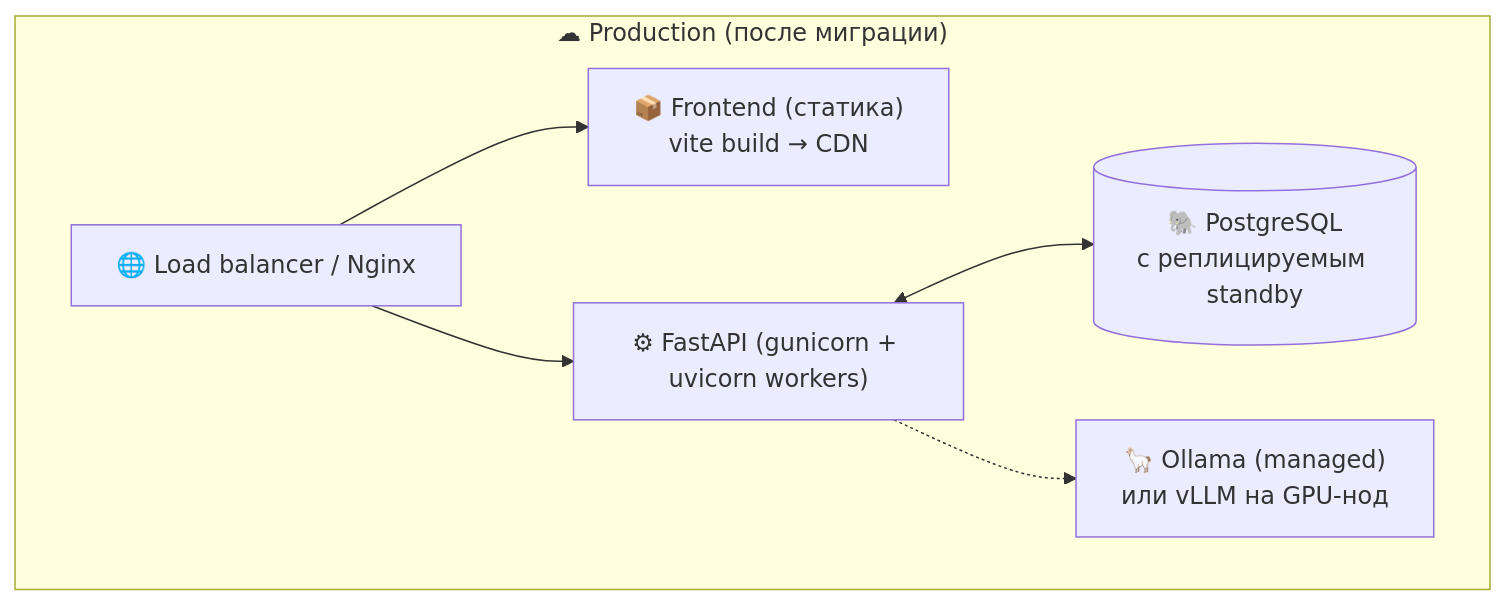
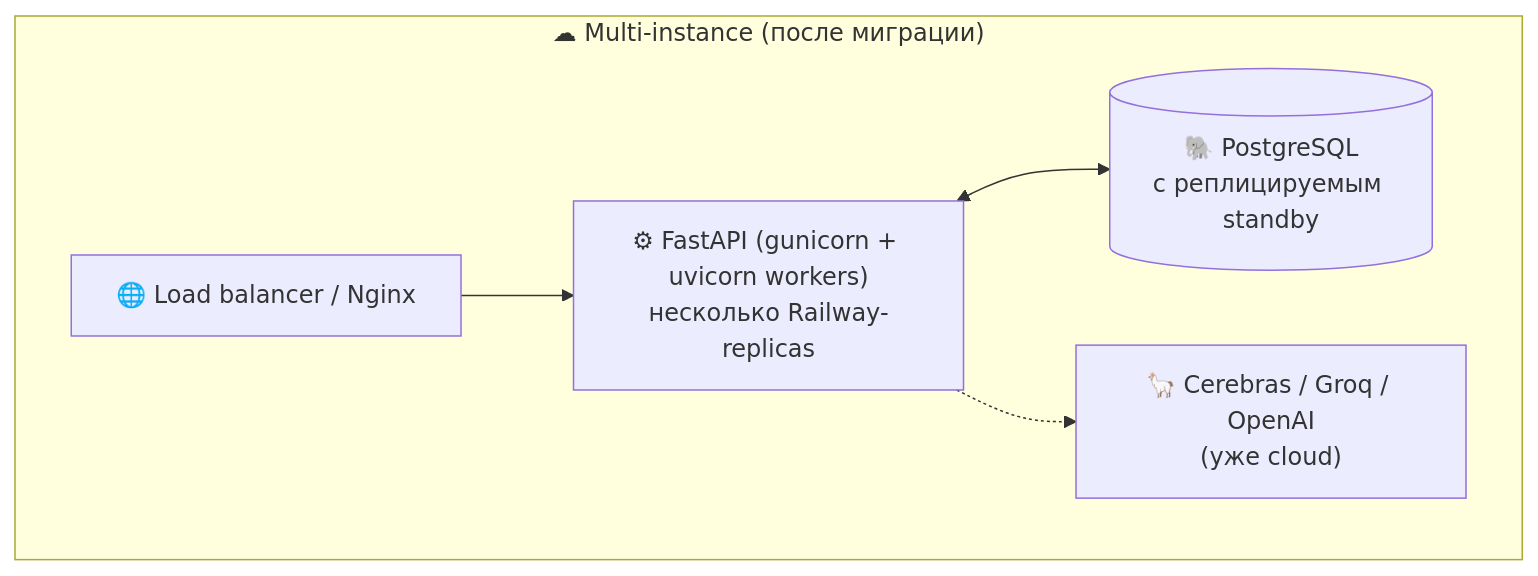
Diagram 17 of 18 in ARC.md (Barbashin1970/RAGRAF), drawn with Mermaid before and after one commit. The commit also changed other lines of this file and 6 other files, not shown here.

````diff
--- a/ARC.md
+++ b/ARC.md
@@ -909,15 +1033,13 @@
 ```mermaid
 flowchart TB
-  subgraph PROD["☁ Production (после миграции)"]
+  subgraph PROD["☁ Multi-instance (после миграции)"]
     LB["🌐 Load balancer / Nginx"]
-    FE_PROD["📦 Frontend (статика)<br>vite build → CDN"]
-    BE_PROD["⚙ FastAPI (gunicorn + uvicorn workers)"]
+    BE_PROD["⚙ FastAPI (gunicorn + uvicorn workers)<br>несколько Railway-replicas"]
     PG[("🐘 PostgreSQL<br>с реплицируемым standby")]
-    OL_PROD["🦙 Ollama (managed)<br>или vLLM на GPU-нод"]
+    OL_PROD["🦙 Cerebras / Groq / OpenAI<br>(уже cloud)"]
   end
 
-  LB --> FE_PROD
   LB --> BE_PROD
   BE_PROD <--> PG
   BE_PROD -.-> OL_PROD
 ```
````
